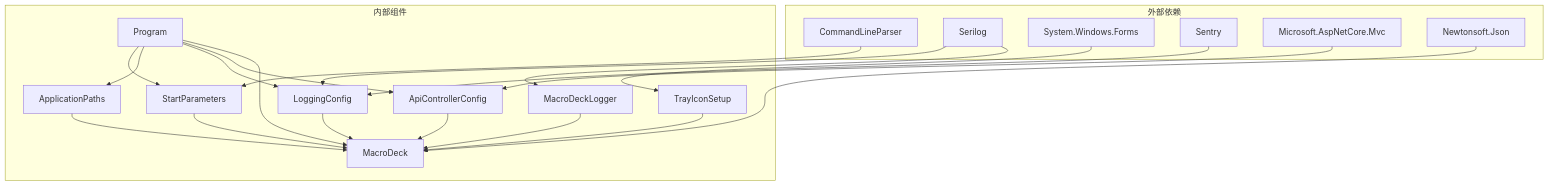
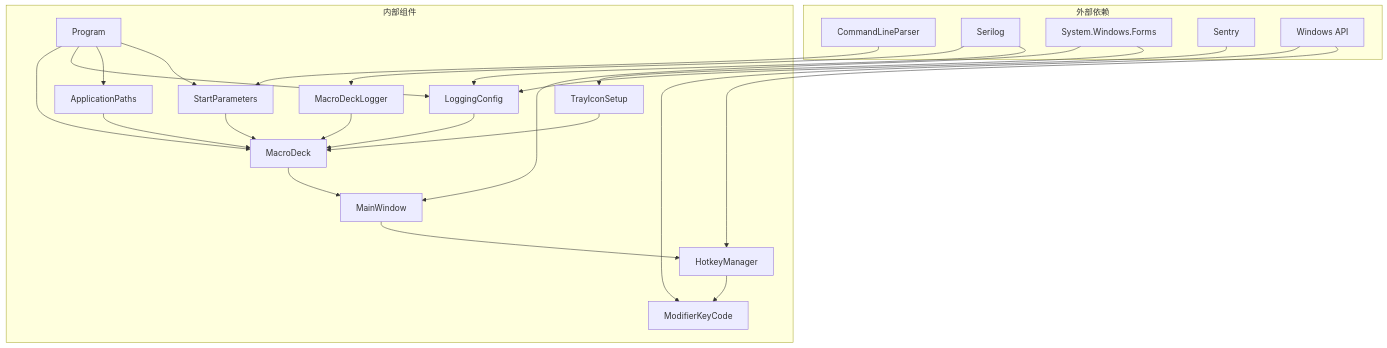
One commit to tea4go/Macro-Deck changed the ninth of 10 diagrams in .qoder/repowiki/zh/content/配置管理系统/启动配置管理.md. Above: the diagram before and after it, drawn with Mermaid. The commit also changed other lines of this file and 63 other files, not shown here.

````diff
--- a/.qoder/repowiki/zh/content/配置管理系统/启动配置管理.md
+++ b/.qoder/repowiki/zh/content/配置管理系统/启动配置管理.md
@@ -362,39 +409,42 @@
 ```mermaid
 graph TB
 subgraph "外部依赖"
 A[CommandLineParser]
 B[Serilog]
 C[System.Windows.Forms]
 D[Sentry]
-E[Microsoft.AspNetCore.Mvc]
-F[Newtonsoft.Json]
+E[Windows API]
 end
 subgraph "内部组件"
-G[Program]
-H[StartParameters]
-I[ApplicationPaths]
-J[LoggingConfig]
-K[MacroDeckLogger]
-L[TrayIconSetup]
-M[ApiControllerConfig]
-N[MacroDeck]
+F[Program]
+G[StartParameters]
+H[ApplicationPaths]
+I[LoggingConfig]
+J[MacroDeckLogger]
+K[TrayIconSetup]
+L[MacroDeck]
+M[MainWindow]
+N[HotkeyManager]
+O[ModifierKeyCode]
 end
-A --> H
+A --> G
+B --> I
 B --> J
-B --> K
-C --> L
-D --> J
-E --> M
-F --> N
-G --> H
-G --> I
-G --> J
-G --> M
-G --> N
-H --> N
-I --> N
-J --> N
-K --> N
-L --> N
+C --> K
+C --> M
+D --> I
+E --> N
+E --> O
+F --> G
+F --> H
+F --> I
+F --> L
+G --> L
+H --> L
+I --> L
+J --> L
+K --> L
+L --> M
 M --> N
+N --> O
 ```
````
